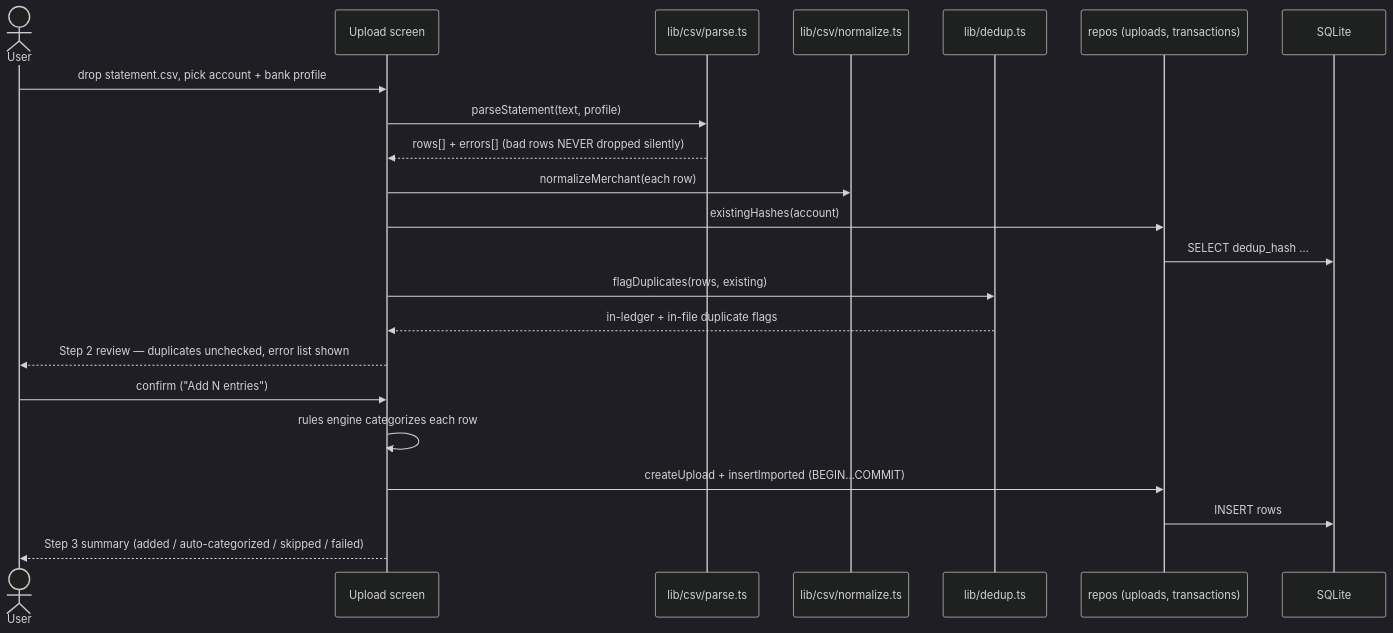
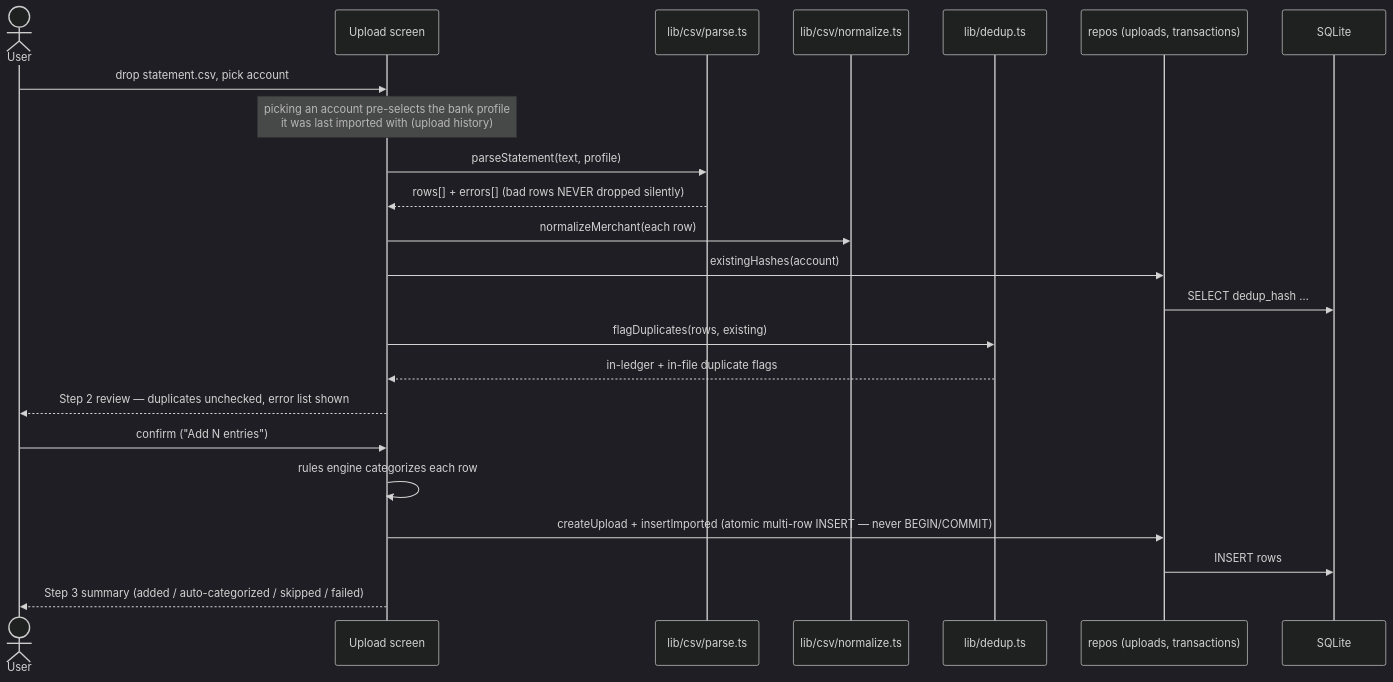
One commit to PrabhukumarSivamoorthy/moneta changed the fourth of 9 diagrams in docs/ARCHITECTURE.md. Above: the diagram before and after it, drawn with Mermaid (dark theme). The commit also changed 5 other files, not shown here.

First line of the commit message:
feat(upload): pre-select the bank profile last used with the chosen account

````diff
--- a/docs/ARCHITECTURE.md
+++ b/docs/ARCHITECTURE.md
@@ -205,25 +205,26 @@
 ```mermaid
 sequenceDiagram
     actor U as User
     participant UP as Upload screen
     participant P as lib/csv/parse.ts
     participant N as lib/csv/normalize.ts
     participant D as lib/dedup.ts
     participant R as repos (uploads, transactions)
     participant DB as SQLite
 
-    U->>UP: drop statement.csv, pick account + bank profile
+    U->>UP: drop statement.csv, pick account
+    Note over UP: picking an account pre-selects the bank profile<br/>it was last imported with (upload history)
     UP->>P: parseStatement(text, profile)
     P-->>UP: rows[] + errors[] (bad rows NEVER dropped silently)
     UP->>N: normalizeMerchant(each row)
     UP->>R: existingHashes(account)
     R->>DB: SELECT dedup_hash …
     UP->>D: flagDuplicates(rows, existing)
     D-->>UP: in-ledger + in-file duplicate flags
     UP-->>U: Step 2 review — duplicates unchecked, error list shown
     U->>UP: confirm ("Add N entries")
     UP->>UP: rules engine categorizes each row
-    UP->>R: createUpload + insertImported (BEGIN…COMMIT)
+    UP->>R: createUpload + insertImported (atomic multi-row INSERT — never BEGIN/COMMIT)
     R->>DB: INSERT rows
     UP-->>U: Step 3 summary (added / auto-categorized / skipped / failed)
 ```
````
